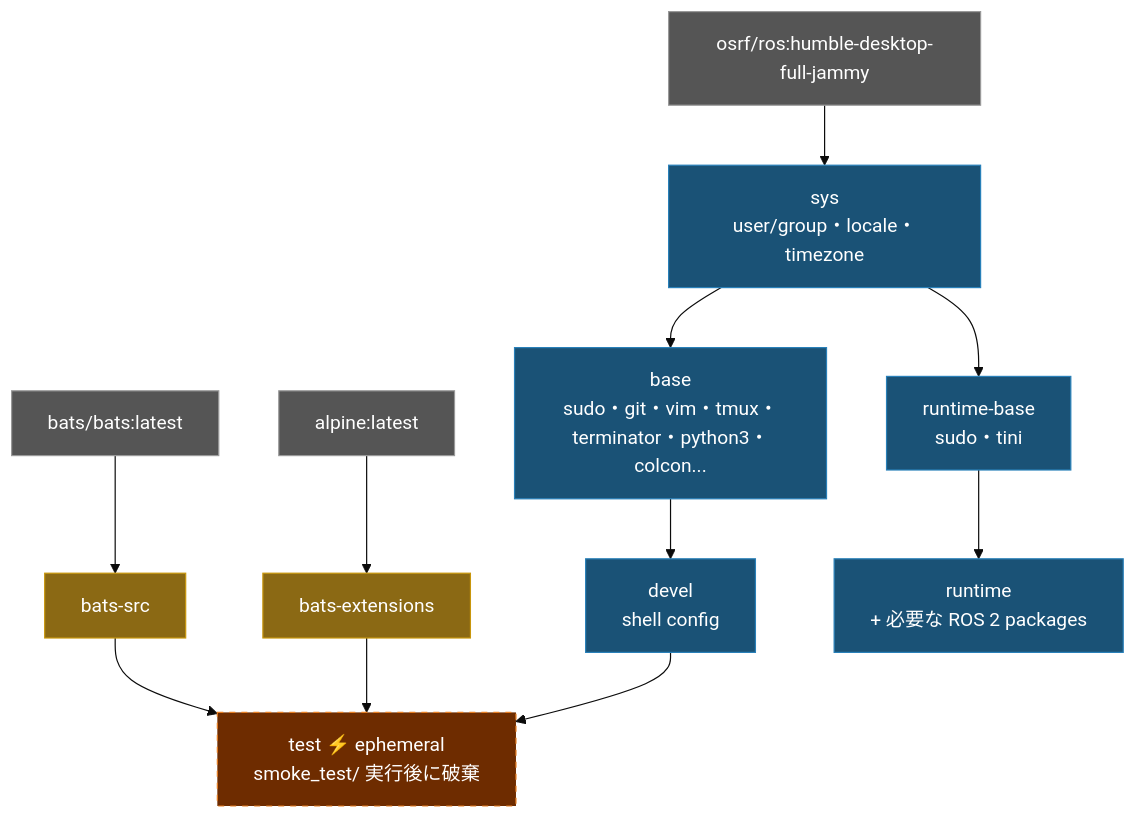
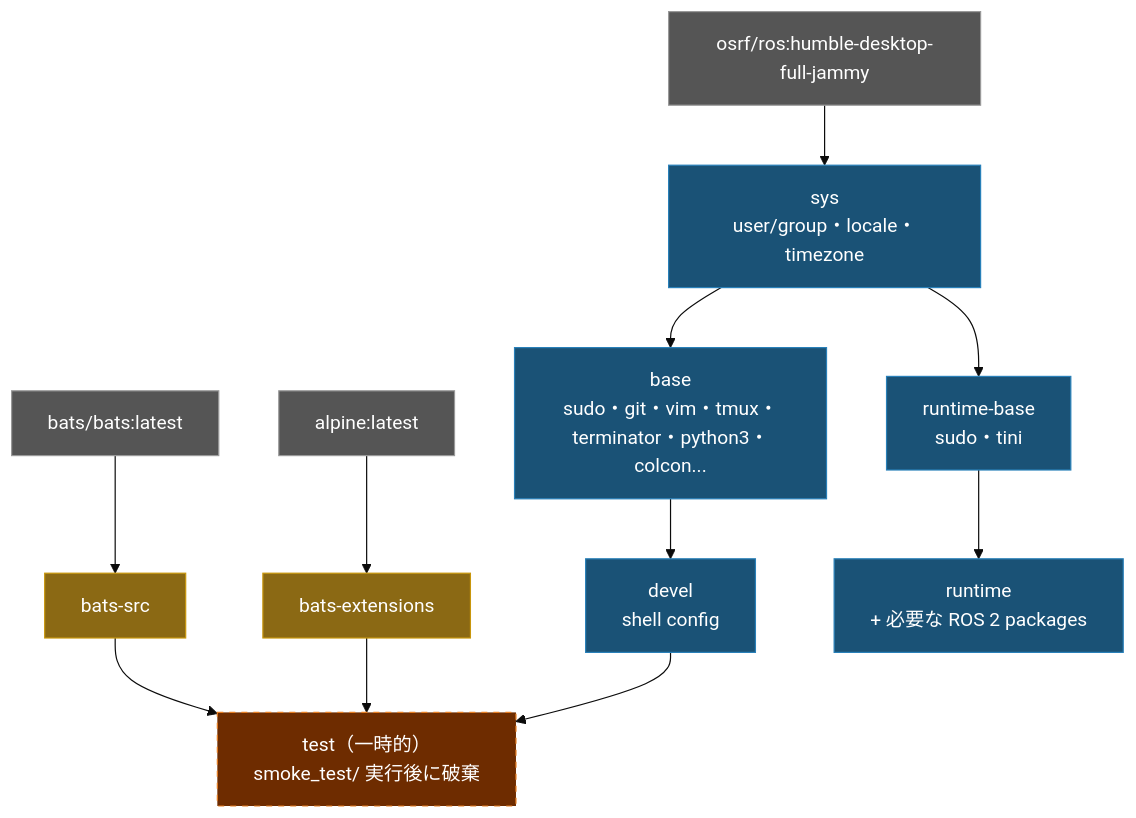
The diagram in doc/README.ja.md (ycpss91255-docker/osrf_ros2_humble), drawn with Mermaid (base theme) before and after one commit. The commit also changed 3 other files, not shown here.

Commit message:
docs: remove ⚡ emoji and translate ephemeral in architecture diagrams

````diff
--- a/doc/README.ja.md
+++ b/doc/README.ja.md
@@ -235,26 +235,26 @@
 ```mermaid
 graph TD
     EXT1["bats/bats:latest"]:::external
     EXT2["alpine:latest"]:::external
     EXT3["osrf/ros:humble-desktop-full-jammy"]:::external
 
     EXT1 --> bats-src["bats-src"]:::tool
     EXT2 --> bats-ext["bats-extensions"]:::tool
 
     EXT3 --> sys["sys\nuser/group・locale・timezone"]:::stage
 
     sys --> base["base\nsudo・git・vim・tmux・terminator・python3・colcon..."]:::stage
     base --> devel["devel\nshell config"]:::stage
 
-    bats-src --> test["test  ⚡ ephemeral\nsmoke_test/ 実行後に破棄"]:::ephemeral
+    bats-src --> test["test（一時的）\nsmoke_test/ 実行後に破棄"]:::ephemeral
     bats-ext --> test
     devel --> test
 
     sys --> runtime-base["runtime-base\nsudo・tini"]:::stage
     runtime-base --> runtime["runtime\n+ 必要な ROS 2 packages"]:::stage
 
     classDef external fill:#555,color:#fff,stroke:#999
     classDef tool fill:#8B6914,color:#fff,stroke:#c8960c
     classDef stage fill:#1a5276,color:#fff,stroke:#2980b9
     classDef ephemeral fill:#6e2c00,color:#fff,stroke:#e67e22,stroke-dasharray:5 5
 ```
````
